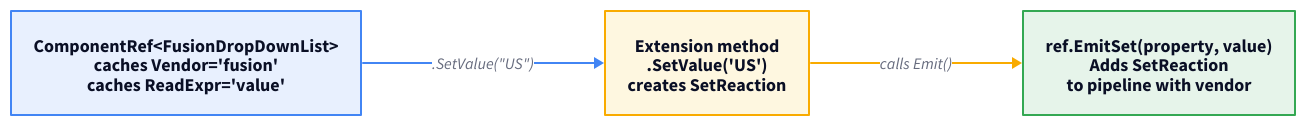
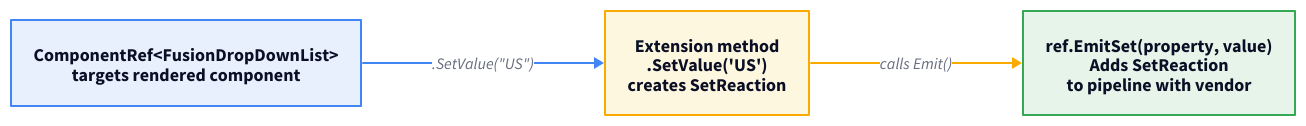
Before and after one commit to marafiq/alis-reactive: the second of 4 diagrams in docs-site/src/content/docs/architecture/the-builders.mdx, drawn with D2. The commit also changed other lines of this file and 18 other files, not shown here.

Commit message:
docs: align component catalog value member wording

````diff
--- a/docs-site/src/content/docs/architecture/the-builders.mdx
+++ b/docs-site/src/content/docs/architecture/the-builders.mdx
@@ -99,29 +99,29 @@
 ```d2
 direction: right
 
-ref: "ComponentRef<FusionDropDownList>\ncaches Vendor='fusion'\ncaches ReadExpr='value'" {
+ref: "ComponentRef<FusionDropDownList>\ntargets rendered component" {
   shape: rectangle
   style.fill: "#e8f0fe"
   style.stroke: "#4285f4"
   style.font-size: 18
 }
 ext: "Extension method\n.SetValue('US')\ncreates SetReaction" {
   shape: rectangle
   style.fill: "#fef7e0"
   style.stroke: "#f9ab00"
   style.font-size: 18
 }
 emit: "ref.EmitSet(property, value)\nAdds SetReaction\nto pipeline with vendor" {
   shape: rectangle
   style.fill: "#e6f4ea"
   style.stroke: "#34a853"
   style.font-size: 18
 }
 
 ref -> ext: .SetValue("US") {
   style.stroke: "#4285f4"
 }
 ext -> emit: calls Emit() {
   style.stroke: "#f9ab00"
 }
 ```
````
